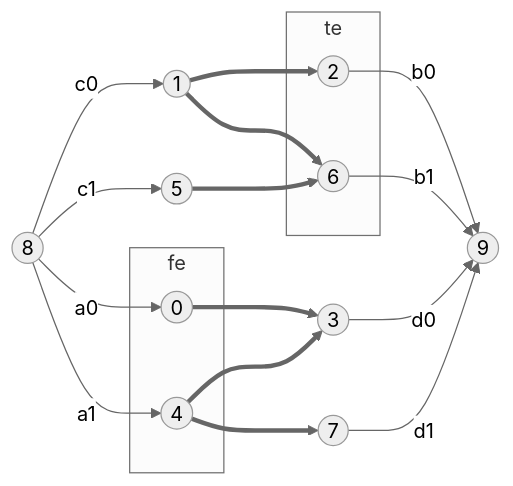
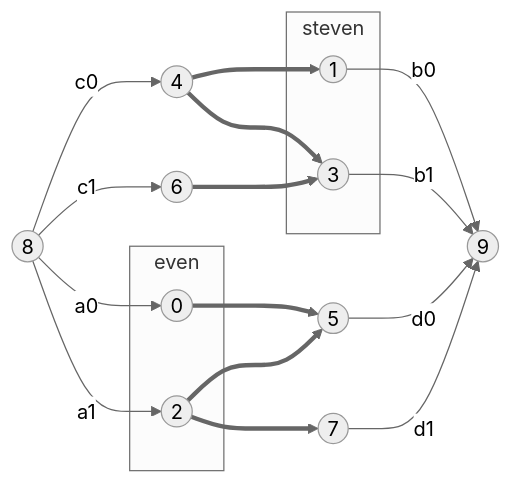
The second of 2 diagrams in sem2/AuW/PV/cx/token-exchange.md (bfeitknecht/vault), drawn with Mermaid (neutral theme) before and after one commit. The commit also changed 1 other file, not shown here.

Commit message:
backup: 2024-06-25 23:07:35 from MacBook Pro (echo)
Affected files:
sem2/AuW/PV/cx/grand-theft-alligator.md
sem2/AuW/PV/cx/token-exchange.md

````diff
--- a/sem2/AuW/PV/cx/token-exchange.md
+++ b/sem2/AuW/PV/cx/token-exchange.md
@@ -50,46 +50,46 @@
 ```mermaid
 flowchart LR
 
 idfe0((0))
-idte0((2))
-idfe1((4))
-idte1((6))
+idte0((1))
+idfe1((2))
+idte1((3))
 
-idfo0((1))
-idto0((3))
-idfo1((5))
+idfo0((4))
+idto0((5))
+idfo1((6))
 idto1((7))
 
 idf((8))
 idt((9))
 
 %%%%%%%%%%%%%%%%%%%%%%%%%
 
-subgraph fe
+subgraph even
 	idfe0
 	idfe1
 end
-
-subgraph te
+	
+subgraph steven
 	idte0
 	idte1
 end
 
 idf -->|"a0"| idfe0
 idf -->|"a1"| idfe1
 idf -->|"c0"| idfo0
 idf -->|"c1"| idfo1
 
 idte0 -->|"b0"| idt
 idte1 -->|"b1"| idt
 idto0 -->|"d0"| idt
 idto1 -->|"d1"| idt
 
 idfe0 ==> idto0 
 idfo0 ==> idte0
 
 idfe1 ==> idto0
 idfe1 ==> idto1
 idfo0 ==> idte1
 idfo1 ==> idte1
 ```
````
